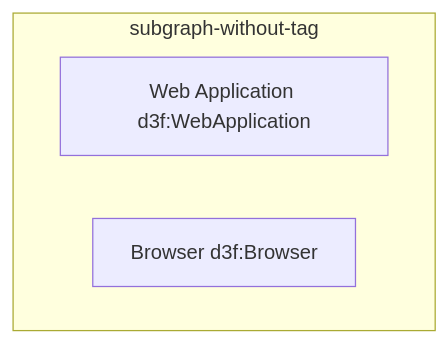
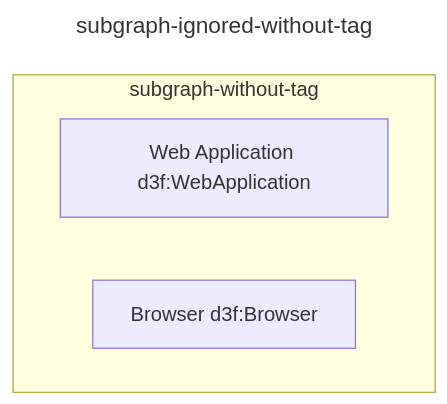
The third of 15 diagrams in app/src/data/examples/testcases.md (ioggstream/d3sign), drawn with Mermaid before and after one commit. The commit also changed other lines of this file and 8 other files, not shown here.

Commit message:
Fix: #6. Diagram titles.

````diff
--- a/app/src/data/examples/testcases.md
+++ b/app/src/data/examples/testcases.md
@@ -87,8 +91,11 @@
 ```mermaid
+---
+title: subgraph-ignored-without-tag
+---
 graph
 
 subgraph subgraph-without-tag
   webapp[Web Application d3f:WebApplication]
   browser[Browser d3f:Browser]
 end
 ```
````
